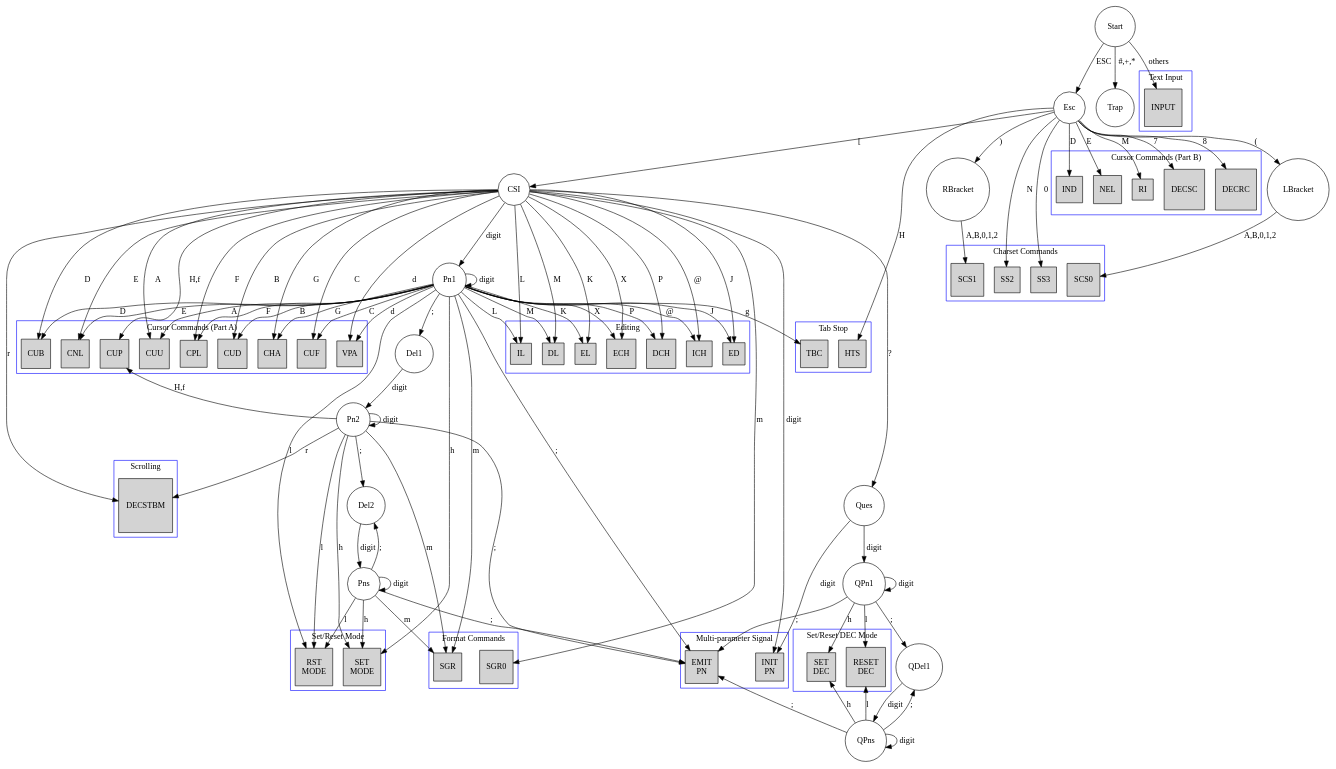
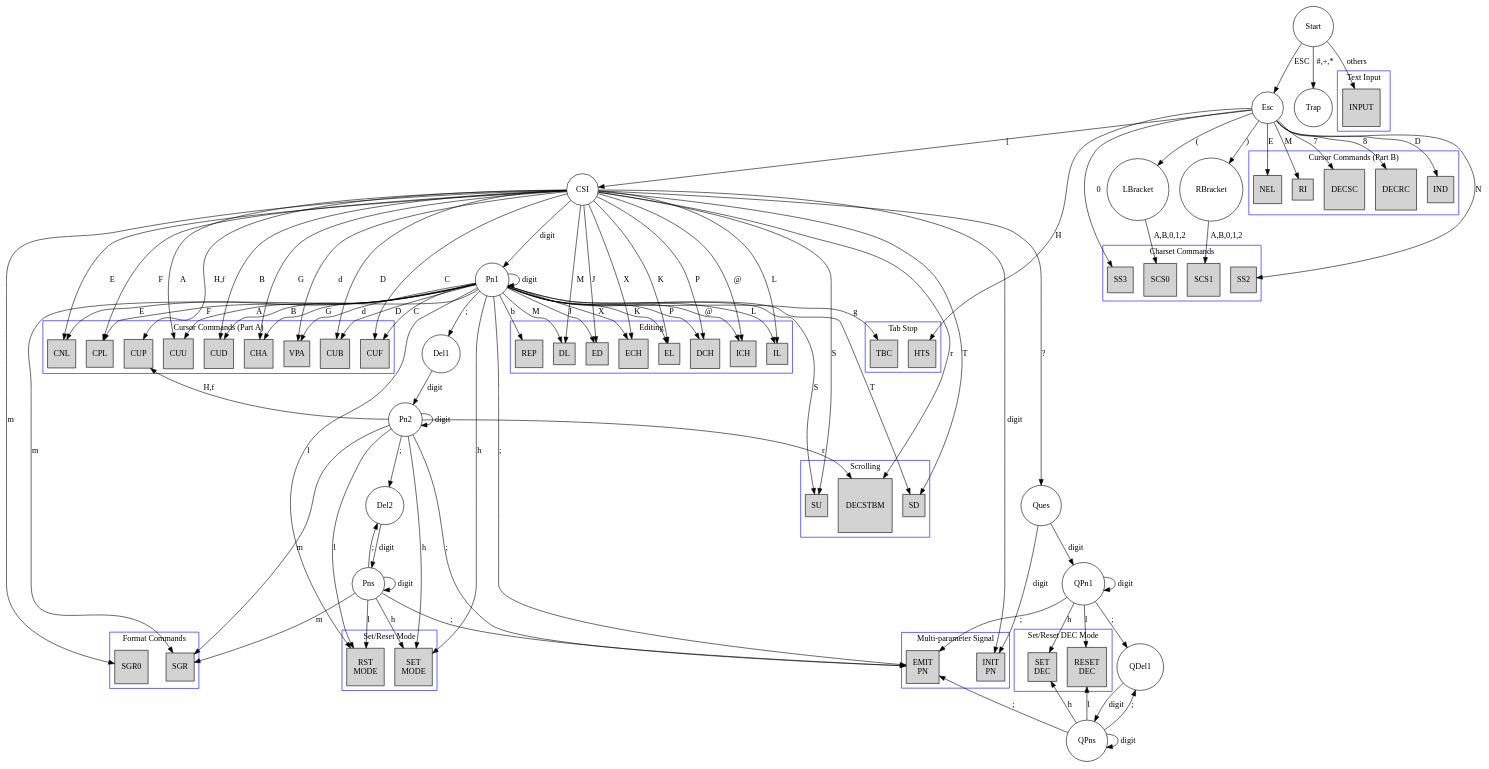
One commit to Harry-Chen/fpga-virtual-console changed the diagram in doc/DFA.dot. Above: the diagram before and after it, drawn with Graphviz. The commit also changed 10 other files, not shown here.

```diff
--- a/doc/DFA.dot
+++ b/doc/DFA.dot
@@ -176,12 +176,18 @@
 		node[style=filled,shape=square];
         color=blue;
         label="Scrolling";  
-		DECSTBM;
+		DECSTBM; SU; SD;
 	}
 
 	// ESC [ Pn; Pn r
 	Pn2->DECSTBM[label=r]; // Set top and bottom margins
 	CSI->DECSTBM[label=r];
+
+	CSI->SU[label=S];
+	Pn1->SU[label=S];
+
+	CSI->SD[label=T];
+	Pn1->SD[label=T];
 
 	/* Erasing */
 	subgraph cluster4 {
@@ -202,7 +208,7 @@
 		node[style=filled,shape=square];
         color=blue;
         label="Editing";  
-		ECH; DCH; ICH; IL; DL;
+		ECH; DCH; ICH; IL; DL; REP;
 	}
 
 	Pn1->ICH[label="@"]; // Insert character
@@ -210,6 +216,7 @@
 	Pn1->DCH[label=P]; // Delete character
 	Pn1->IL[label=L];  // Insert line
 	Pn1->DL[label=M];  // Delete line
+	Pn1->REP[label=b];  // Delete line
 
 	CSI->ICH[label="@"]; // Insert character
 	CSI->ECH[label=X]; // Erase character
```
